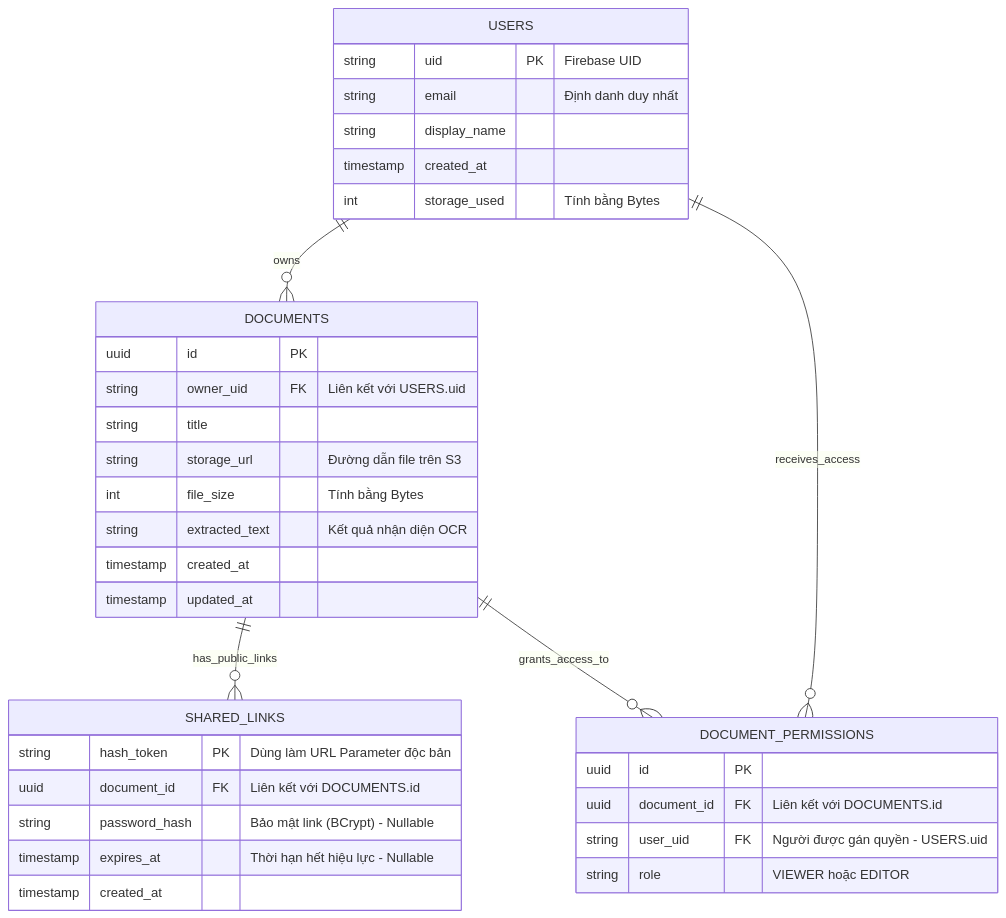
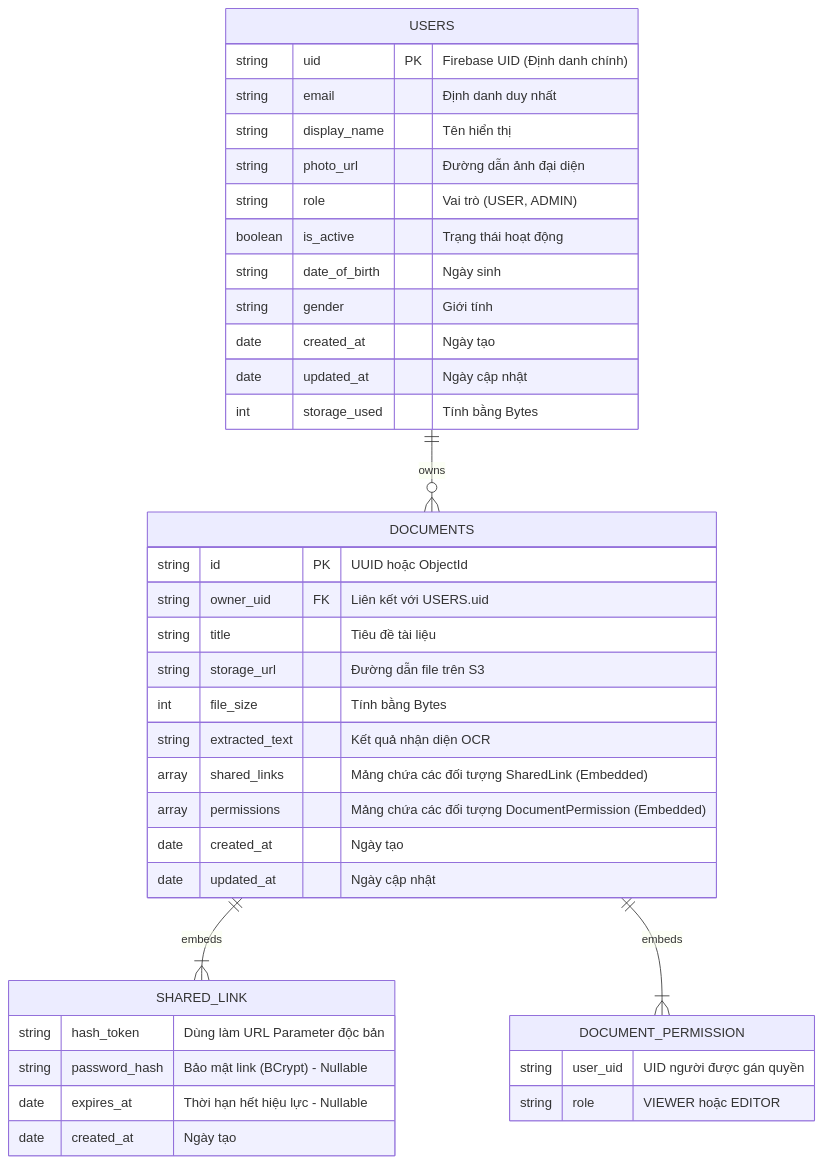
One commit to vthiet/ScanLinkApi changed the second of 3 diagrams in docs/Software_Design_Description.md. Above: the diagram before and after it, drawn with Mermaid. The commit also changed other lines of this file and 1 other file, not shown here.

````diff
--- a/docs/Software_Design_Description.md
+++ b/docs/Software_Design_Description.md
@@ -197,42 +197,46 @@
 ``` mermaid
 erDiagram
     USERS {
-        string uid PK "Firebase UID"
+        string uid PK "Firebase UID (Định danh chính)"
         string email "Định danh duy nhất"
-        string display_name
-        timestamp created_at
+        string display_name "Tên hiển thị"
+        string photo_url "Đường dẫn ảnh đại diện"
+        string role "Vai trò (USER, ADMIN)"
+        boolean is_active "Trạng thái hoạt động"
+        string date_of_birth "Ngày sinh"
+        string gender "Giới tính"
+        date created_at "Ngày tạo"
+        date updated_at "Ngày cập nhật"
         int storage_used "Tính bằng Bytes"
     }
 
     DOCUMENTS {
-        uuid id PK
+        string id PK "UUID hoặc ObjectId"
         string owner_uid FK "Liên kết với USERS.uid"
-        string title
+        string title "Tiêu đề tài liệu"
         string storage_url "Đường dẫn file trên S3"
         int file_size "Tính bằng Bytes"
         string extracted_text "Kết quả nhận diện OCR"
-        timestamp created_at
-        timestamp updated_at
+        array shared_links "Mảng chứa các đối tượng SharedLink (Embedded)"
+        array permissions "Mảng chứa các đối tượng DocumentPermission (Embedded)"
+        date created_at "Ngày tạo"
+        date updated_at "Ngày cập nhật"
     }
 
-    SHARED_LINKS {
-        string hash_token PK "Dùng làm URL Parameter độc bản"
-        uuid document_id FK "Liên kết với DOCUMENTS.id"
+    SHARED_LINK {
+        string hash_token "Dùng làm URL Parameter độc bản"
         string password_hash "Bảo mật link (BCrypt) - Nullable"
-        timestamp expires_at "Thời hạn hết hiệu lực - Nullable"
-        timestamp created_at
+        date expires_at "Thời hạn hết hiệu lực - Nullable"
+        date created_at "Ngày tạo"
     }
 
-    DOCUMENT_PERMISSIONS {
-        uuid id PK
-        uuid document_id FK "Liên kết với DOCUMENTS.id"
-        string user_uid FK "Người được gán quyền - USERS.uid"
+    DOCUMENT_PERMISSION {
+        string user_uid "UID người được gán quyền"
         string role "VIEWER hoặc EDITOR"
     }
 
     USERS ||--o{ DOCUMENTS : "owns"
-    DOCUMENTS ||--o{ SHARED_LINKS : "has_public_links"
-    DOCUMENTS ||--o{ DOCUMENT_PERMISSIONS : "grants_access_to"
-    USERS ||--o{ DOCUMENT_PERMISSIONS : "receives_access"
+    DOCUMENTS ||--|{ SHARED_LINK : "embeds"
+    DOCUMENTS ||--|{ DOCUMENT_PERMISSION : "embeds"
 
 ```
````
